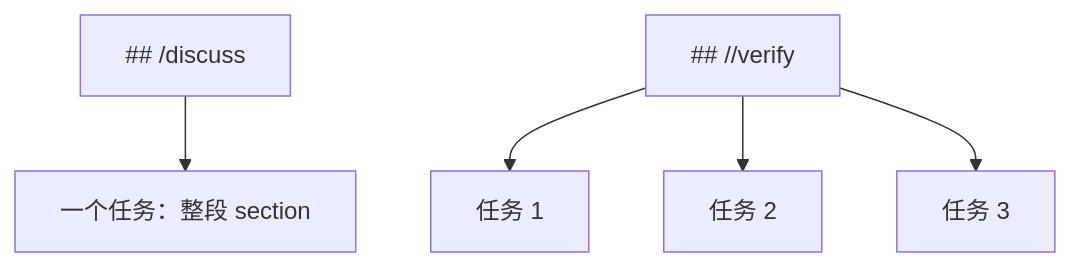
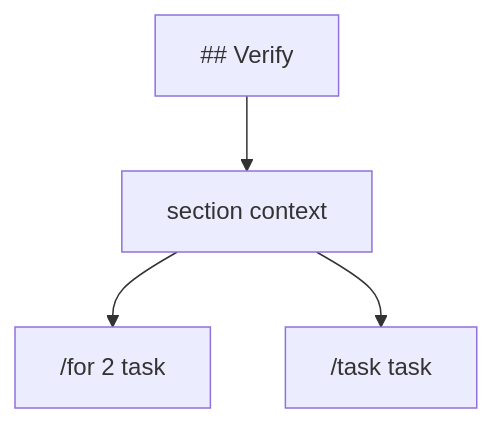
One commit to chinaykc/atm changed the diagram in docs/user/02-todo-format.md. Above: the diagram before and after it, drawn with Mermaid. The commit also changed other lines of this file and 218 other files, not shown here.

Commit message:
Refactor ATM package architecture

````diff
--- a/docs/user/02-todo-format.md
+++ b/docs/user/02-todo-format.md
@@ -71,7 +99,6 @@
 ```mermaid
 flowchart TB
-  A["## /discuss"] --> B["一个任务：整段 section"]
-  C["## //verify"] --> D["任务 1"]
-  C --> E["任务 2"]
-  C --> F["任务 3"]
+  A["## Verify"] --> B["section context"]
+  B --> C["/for 2 task"]
+  B --> D["/task task"]
 ```
````
